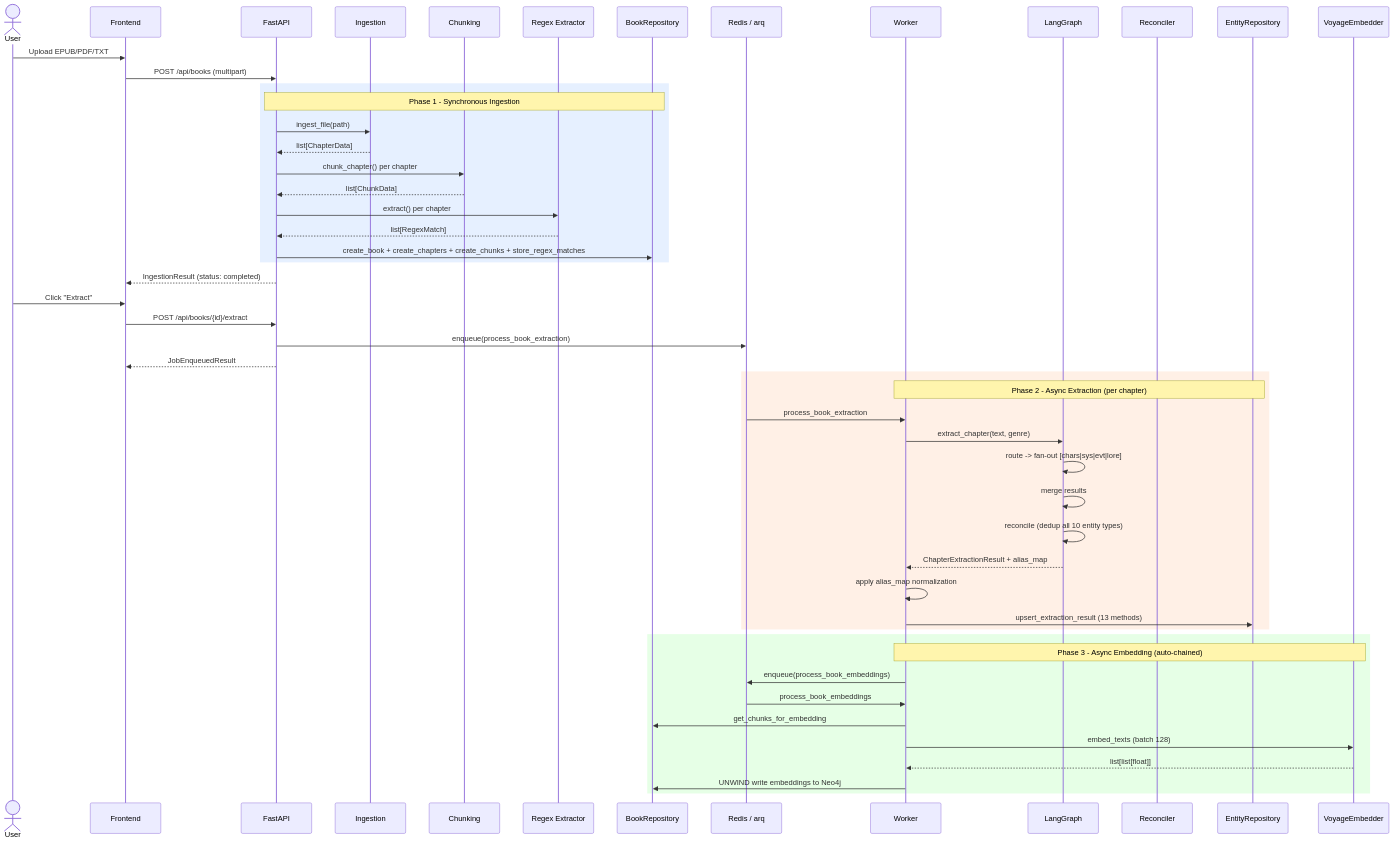
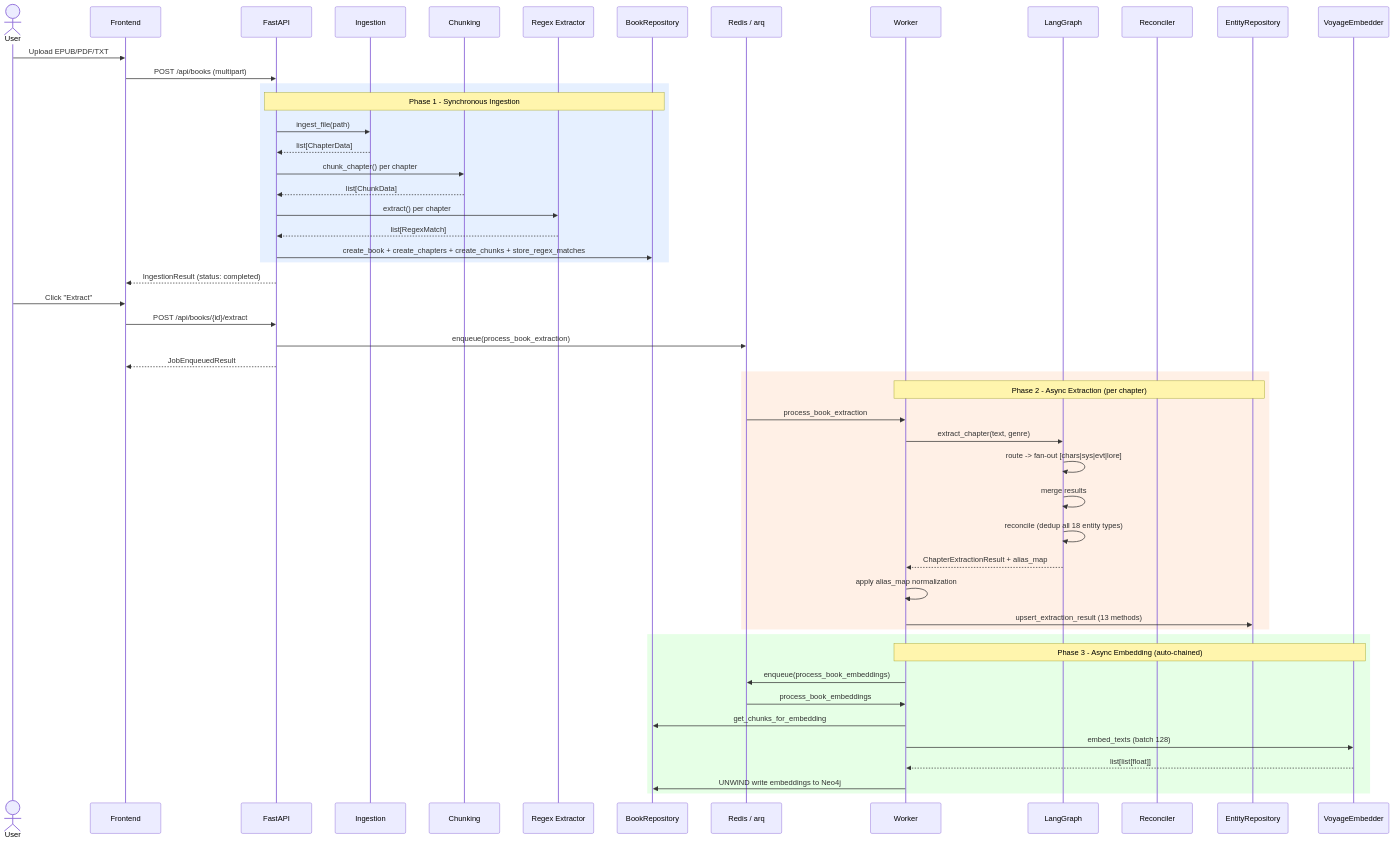
The third of 7 diagrams in docs/architecture.md (xairon/WorldRAG), drawn with Mermaid before and after one commit. The commit also changed other lines of this file and 9 other files, not shown here.

````diff
--- a/docs/architecture.md
+++ b/docs/architecture.md
@@ -80,59 +80,59 @@
 ```mermaid
 sequenceDiagram
     actor User
     participant FE as Frontend
     participant API as FastAPI
     participant Ing as Ingestion
     participant Chk as Chunking
     participant Rgx as Regex Extractor
     participant Repo as BookRepository
     participant Q as Redis / arq
     participant W as Worker
     participant LG as LangGraph
     participant Rec as Reconciler
     participant ER as EntityRepository
     participant Emb as VoyageEmbedder
 
     User->>FE: Upload EPUB/PDF/TXT
     FE->>API: POST /api/books (multipart)
 
     rect rgb(230, 240, 255)
         Note over API,Repo: Phase 1 - Synchronous Ingestion
         API->>Ing: ingest_file(path)
         Ing-->>API: list[ChapterData]
         API->>Chk: chunk_chapter() per chapter
         Chk-->>API: list[ChunkData]
         API->>Rgx: extract() per chapter
         Rgx-->>API: list[RegexMatch]
         API->>Repo: create_book + create_chapters + create_chunks + store_regex_matches
     end
 
     API-->>FE: IngestionResult (status: completed)
 
     User->>FE: Click "Extract"
     FE->>API: POST /api/books/{id}/extract
     API->>Q: enqueue(process_book_extraction)
     API-->>FE: JobEnqueuedResult
 
     rect rgb(255, 240, 230)
         Note over W,ER: Phase 2 - Async Extraction (per chapter)
         Q->>W: process_book_extraction
         W->>LG: extract_chapter(text, genre)
         LG->>LG: route -> fan-out [chars|sys|evt|lore]
         LG->>LG: merge results
-        LG->>LG: reconcile (dedup all 10 entity types)
+        LG->>LG: reconcile (dedup all 18 entity types)
         LG-->>W: ChapterExtractionResult + alias_map
         W->>W: apply alias_map normalization
         W->>ER: upsert_extraction_result (13 methods)
     end
 
     rect rgb(230, 255, 230)
         Note over W,Emb: Phase 3 - Async Embedding (auto-chained)
         W->>Q: enqueue(process_book_embeddings)
         Q->>W: process_book_embeddings
         W->>Repo: get_chunks_for_embedding
         W->>Emb: embed_texts (batch 128)
         Emb-->>W: list[list[float]]
         W->>Repo: UNWIND write embeddings to Neo4j
     end
 ```
````
